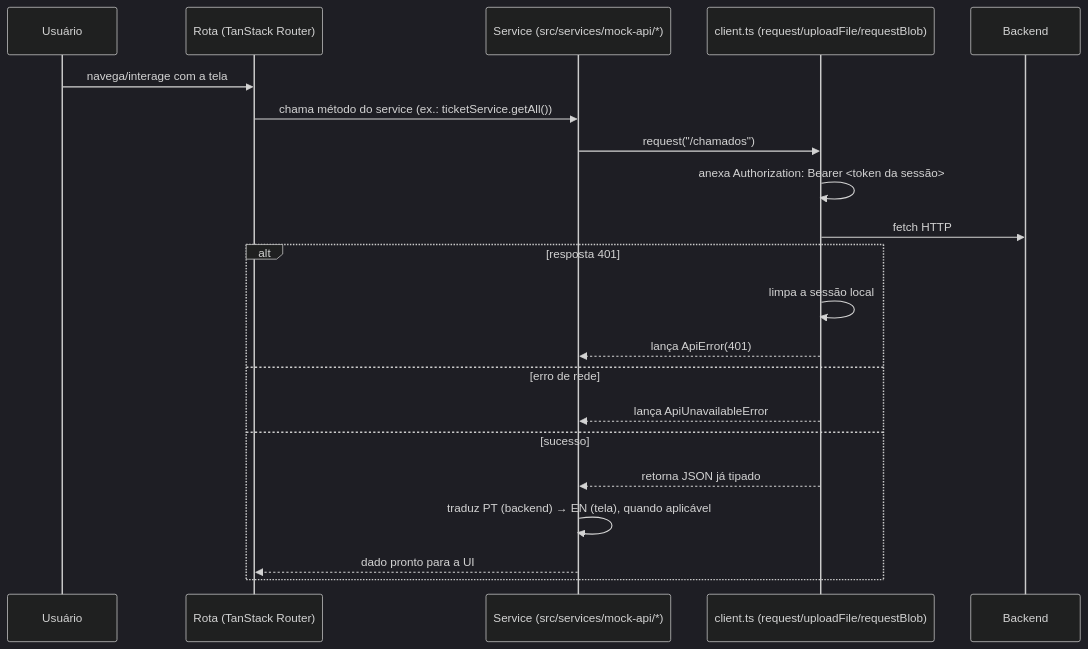
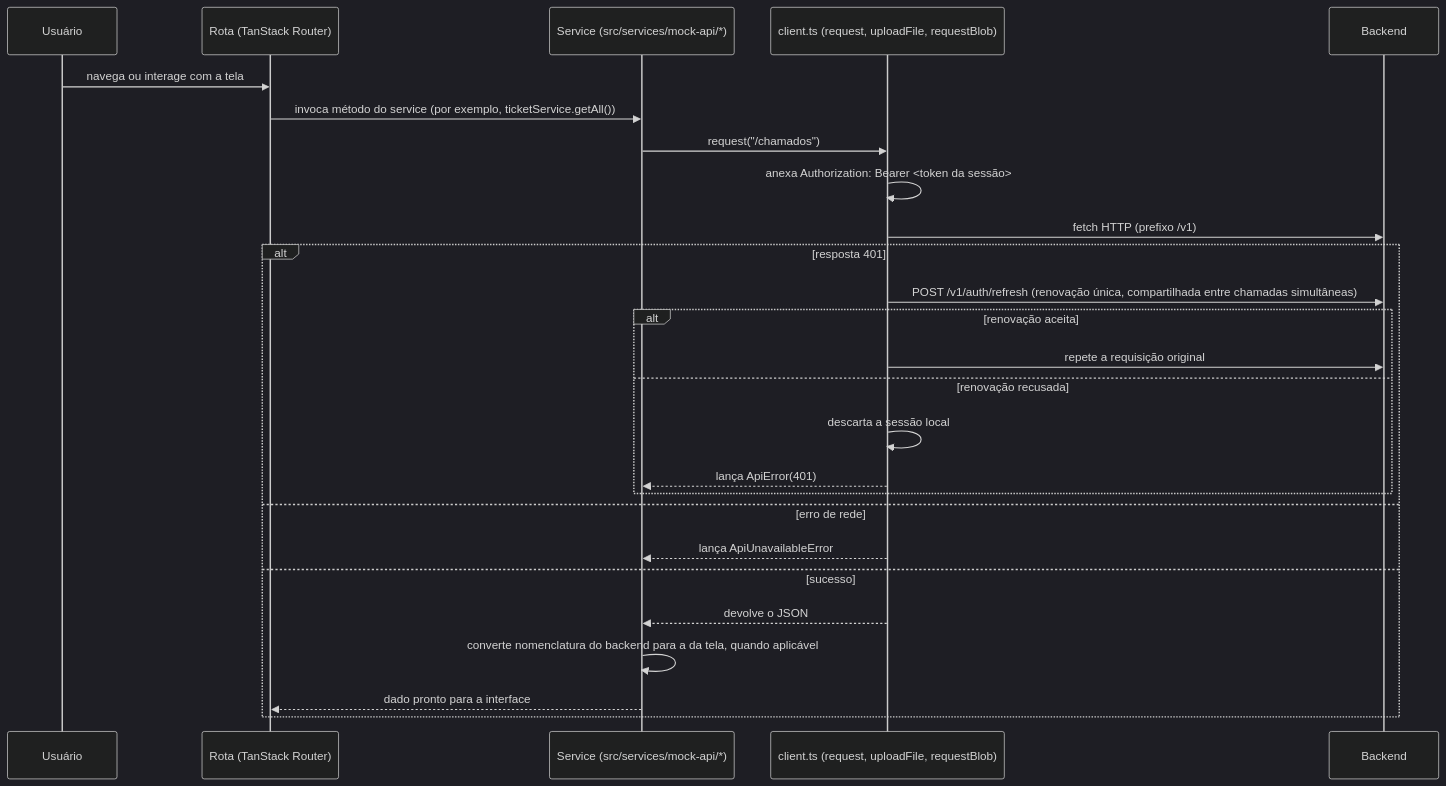
The fifth of 6 diagrams in docs/engineering/02-diagramas.md (bebberjoao/RoosterOneBackend), drawn with Mermaid (dark theme) before and after one commit. The commit also changed other lines of this file and 14 other files, not shown here.

````diff
--- a/docs/engineering/02-diagramas.md
+++ b/docs/engineering/02-diagramas.md
@@ -80,23 +89,28 @@
 ```mermaid
 sequenceDiagram
     participant U as Usuário
     participant R as Rota (TanStack Router)
     participant SV as Service (src/services/mock-api/*)
-    participant CL as client.ts (request/uploadFile/requestBlob)
+    participant CL as client.ts (request, uploadFile, requestBlob)
     participant B as Backend
-    U->>R: navega/interage com a tela
-    R->>SV: chama método do service (ex.: ticketService.getAll())
+    U->>R: navega ou interage com a tela
+    R->>SV: invoca método do service (por exemplo, ticketService.getAll())
     SV->>CL: request("/chamados")
     CL->>CL: anexa Authorization: Bearer <token da sessão>
-    CL->>B: fetch HTTP
+    CL->>B: fetch HTTP (prefixo /v1)
     alt resposta 401
-        CL->>CL: limpa a sessão local
-        CL-->>SV: lança ApiError(401)
+        CL->>B: POST /v1/auth/refresh (renovação única, compartilhada entre chamadas simultâneas)
+        alt renovação aceita
+            CL->>B: repete a requisição original
+        else renovação recusada
+            CL->>CL: descarta a sessão local
+            CL-->>SV: lança ApiError(401)
+        end
     else erro de rede
         CL-->>SV: lança ApiUnavailableError
     else sucesso
-        CL-->>SV: retorna JSON já tipado
-        SV->>SV: traduz PT (backend) → EN (tela), quando aplicável
-        SV-->>R: dado pronto para a UI
+        CL-->>SV: devolve o JSON
+        SV->>SV: converte nomenclatura do backend para a da tela, quando aplicável
+        SV-->>R: dado pronto para a interface
     end
 ```
````
